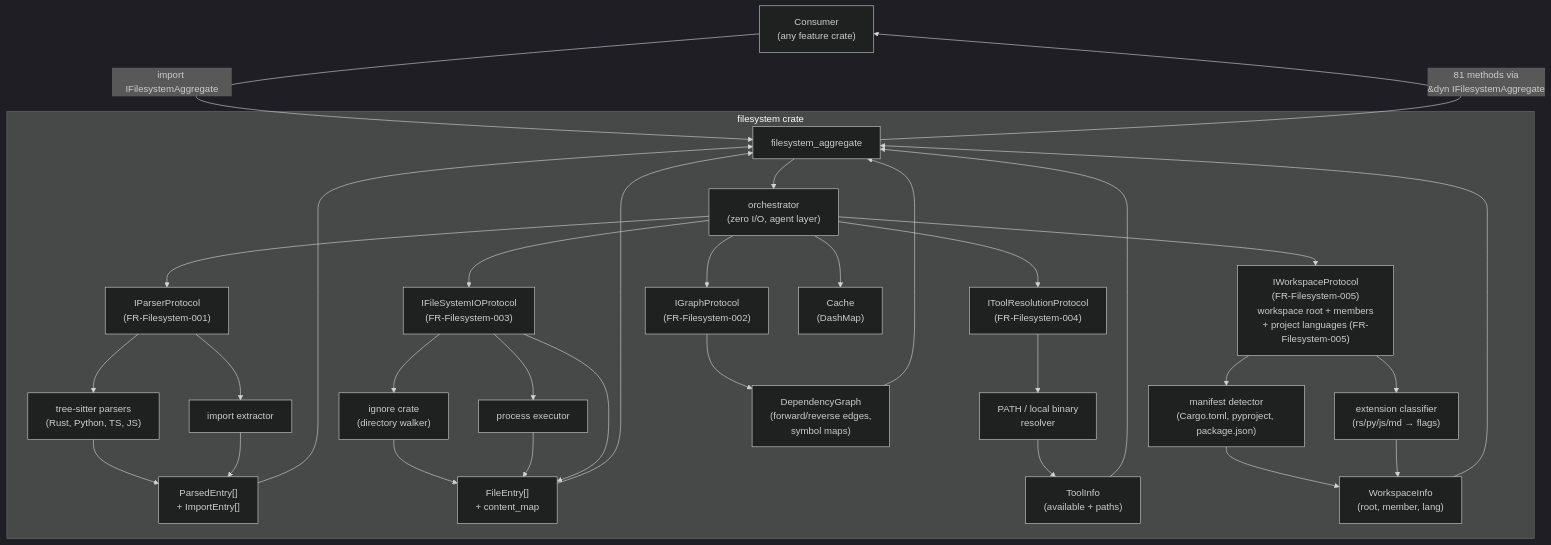
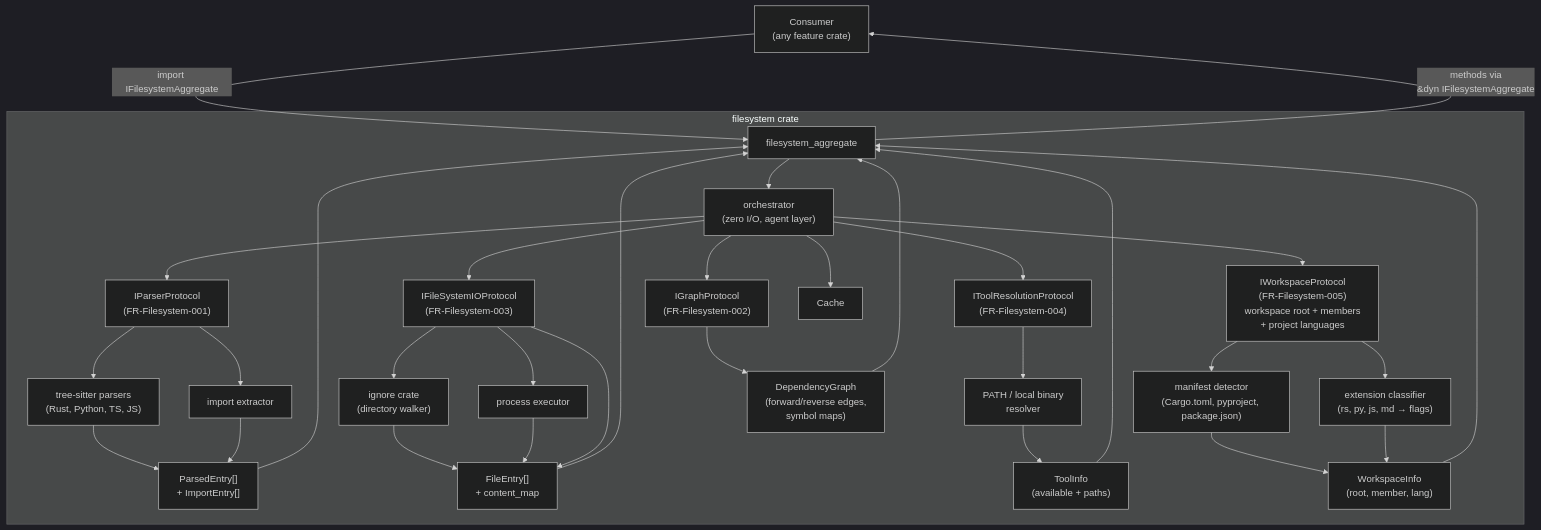
Before and after one commit to rakaarwaky/lint-arwaky: the diagram in crates/filesystem/FRD.md, drawn with Mermaid (dark theme). The commit also changed other lines of this file and 235 other files, not shown here.

First line of the commit message:
Restructure ARCHITECTURE.md to 8-H2 canonical layout (#1209)

````diff
--- a/crates/filesystem/FRD.md
+++ b/crates/filesystem/FRD.md
@@ -11,40 +9,39 @@
 ```mermaid
 flowchart TD
     A["Consumer\n(any feature crate)"] -->|"import IFilesystemAggregate"| D["filesystem_aggregate"]
 
     subgraph FS ["filesystem crate"]
         D --> O["orchestrator\n(zero I/O, agent layer)"]
         O --> P1["IParserProtocol\n(FR-Filesystem-001)"]
         O --> P2["IGraphProtocol\n(FR-Filesystem-002)"]
         O --> P3["IFileSystemIOProtocol\n(FR-Filesystem-003)"]
         O --> P4["IToolResolutionProtocol\n(FR-Filesystem-004)"]
-        O --> P5["IWorkspaceProtocol\n(FR-Filesystem-005)\nworkspace root + members\n+ project languages (FR-Filesystem-005)"]
-        O --> C["Cache\n(DashMap)"]
+        O --> P5["IWorkspaceProtocol\n(FR-Filesystem-005)\nworkspace root + members\n+ project languages"]
+        O --> C["Cache"]
 
         P1 --> T1["tree-sitter parsers\n(Rust, Python, TS, JS)"]
         P1 --> T2["import extractor"]
         P3 --> T3["ignore crate\n(directory walker)"]
         P3 --> T4["process executor"]
         P4 --> T5["PATH / local binary\nresolver"]
         P5 --> T6["manifest detector\n(Cargo.toml, pyproject, package.json)"]
-        P5 --> T7["extension classifier\n(rs/py/js/md → flags)"]
+        P5 --> T7["extension classifier\n(rs, py, js, md → flags)"]
 
         T1 --> R1["ParsedEntry[]\n+ ImportEntry[]"]
         T2 --> R1
         P2 --> R2["DependencyGraph\n(forward/reverse edges,\nsymbol maps)"]
         T3 --> R3["FileEntry[]\n+ content_map"]
         T4 --> R3
         P3 --> R3
         T5 --> R4["ToolInfo\n(available + paths)"]
         T6 --> R5["WorkspaceInfo\n(root, member, lang)"]
         T7 --> R5
     end
 
     R1 --> D
     R2 --> D
     R3 --> D
     R4 --> D
     R5 --> D
-    D -->|"81 methods via\n&dyn IFilesystemAggregate"| A
-
+    D -->|"methods via\n&dyn IFilesystemAggregate"| A
 ```
````
